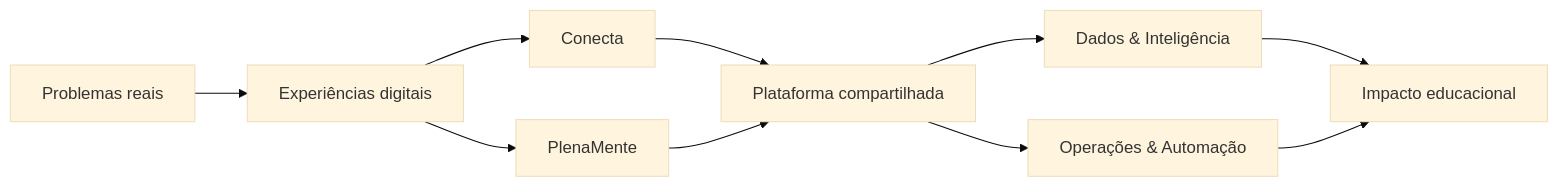
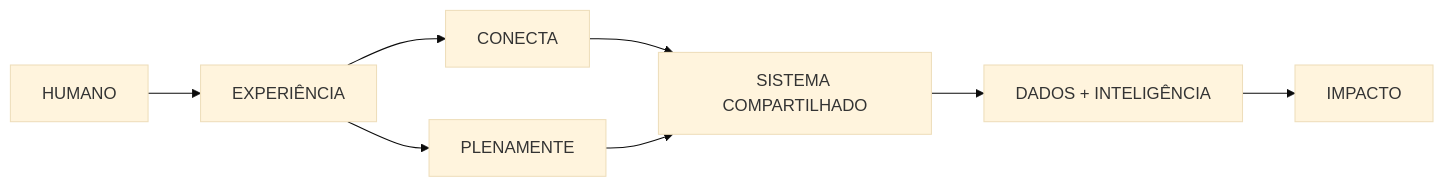
Before and after one commit to Conecta-Tec/.github: the diagram in profile/README.md, drawn with Mermaid (base theme). The commit also changed other lines of this file, not shown here.

````diff
--- a/profile/README.md
+++ b/profile/README.md
@@ -75,12 +22,10 @@
 ```mermaid
 flowchart LR
-    P[Problemas reais] --> E[Experiências digitais]
-    E --> C[Conecta]
-    E --> M[PlenaMente]
-    C --> X[Plataforma compartilhada]
-    M --> X
-    X --> D[Dados & Inteligência]
-    X --> O[Operações & Automação]
-    D --> I[Impacto educacional]
-    O --> I
+    H[HUMANO] --> E[EXPERIÊNCIA]
+    E --> C[CONECTA]
+    E --> P[PLENAMENTE]
+    C --> S[SISTEMA COMPARTILHADO]
+    P --> S
+    S --> D[DADOS + INTELIGÊNCIA]
+    D --> I[IMPACTO]
 ```
````
